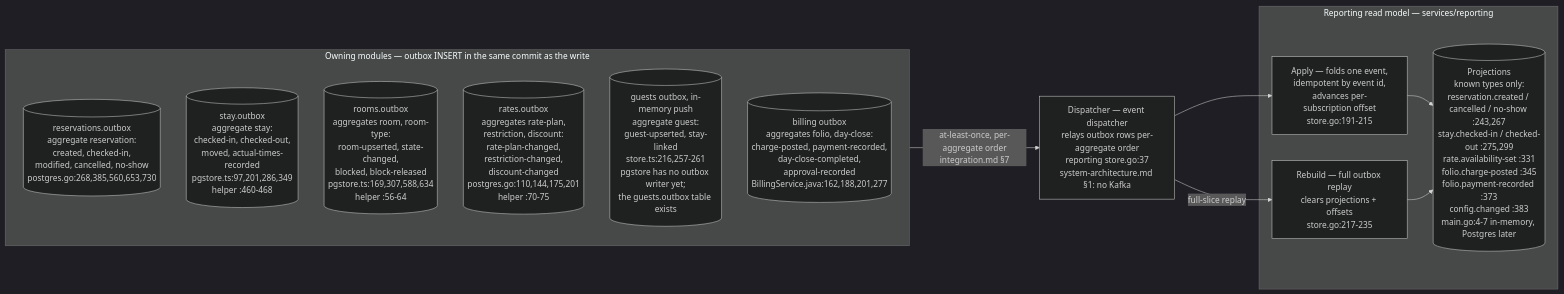
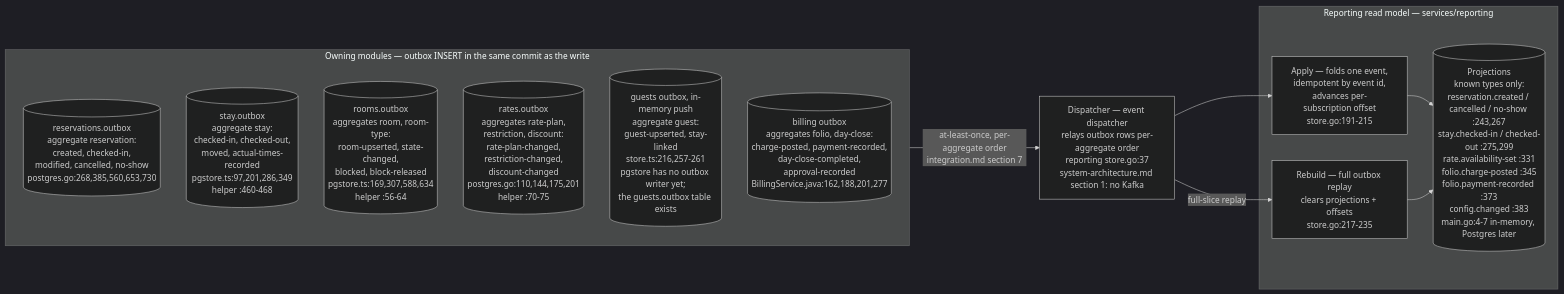
Before and after one commit to MingChen1501/hotel-mgmt: the diagram in docs/architecture/event-flow.md, drawn with Mermaid (dark theme). The commit also changed other lines of this file and 98 other files, not shown here.

````diff
--- a/docs/architecture/event-flow.md
+++ b/docs/architecture/event-flow.md
@@ -13,22 +13,22 @@
 ```mermaid
 flowchart LR
     subgraph EMIT[Owning modules — outbox INSERT in the same commit as the write]
         RES[(reservations.outbox<br/>aggregate reservation:<br/>created, checked-in,<br/>modified, cancelled, no-show<br/>postgres.go:268,385,560,653,730)]
         STAY[(stay.outbox<br/>aggregate stay:<br/>checked-in, checked-out,<br/>moved, actual-times-recorded<br/>pgstore.ts:97,201,286,349<br/>helper :460-468)]
         ROOMS[(rooms.outbox<br/>aggregates room, room-type:<br/>room-upserted, state-changed,<br/>blocked, block-released<br/>pgstore.ts:169,307,588,634<br/>helper :56-64)]
         RATES[(rates.outbox<br/>aggregates rate-plan,<br/>restriction, discount:<br/>rate-plan-changed,<br/>restriction-changed,<br/>discount-changed<br/>postgres.go:110,144,175,201<br/>helper :70-75)]
         GUESTS[(guests outbox, in-memory push<br/>aggregate guest:<br/>guest-upserted, stay-linked<br/>store.ts:216,257-261<br/>pgstore has no outbox writer yet;<br/>the guests.outbox table exists)]
         BILL[(billing outbox<br/>aggregates folio, day-close:<br/>charge-posted, payment-recorded,<br/>day-close-completed,<br/>approval-recorded<br/>BillingService.java:162,188,201,277)]
     end
-    DISP[Dispatcher — event dispatcher<br/>relays outbox rows per-aggregate order<br/>reporting store.go:37<br/>system-architecture.md §1: no Kafka]
+    DISP[Dispatcher — event dispatcher<br/>relays outbox rows per-aggregate order<br/>reporting store.go:37<br/>system-architecture.md section 1: no Kafka]
     subgraph RPT[Reporting read model — services/reporting]
         APPLY[Apply — folds one event,<br/>idempotent by event id,<br/>advances per-subscription offset<br/>store.go:191-215]
         REBUILD[Rebuild — full outbox replay<br/>clears projections + offsets<br/>store.go:217-235]
         PROJ[(Projections<br/>known types only:<br/>reservation.created / cancelled / no-show :243,267<br/>stay.checked-in / checked-out :275,299<br/>rate.availability-set :331<br/>folio.charge-posted :345<br/>folio.payment-recorded :373<br/>config.changed :383<br/>main.go:4-7 in-memory, Postgres later)]
     end
-    EMIT -->|at-least-once, per-aggregate order<br/>integration.md §7| DISP
+    EMIT -->|at-least-once, per-aggregate order<br/>integration.md section 7| DISP
     DISP --> APPLY
     DISP -->|full-slice replay| REBUILD
     APPLY --> PROJ
     REBUILD --> PROJ
 ```
````
